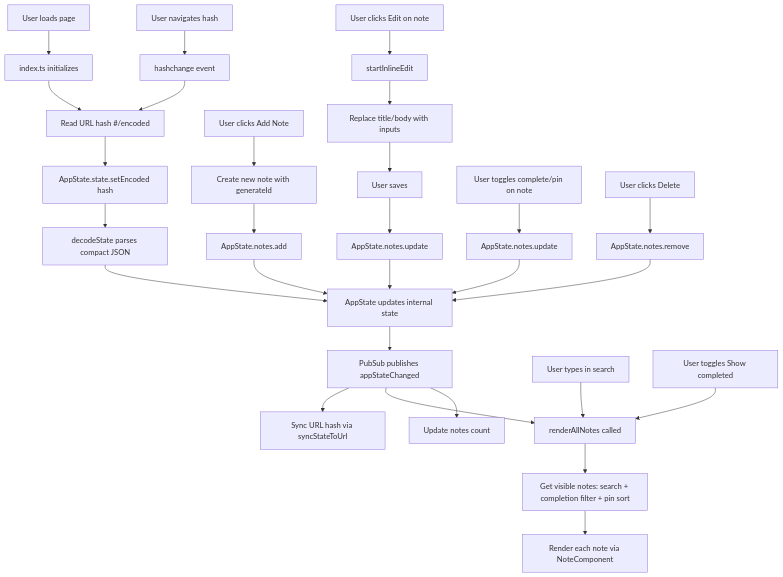
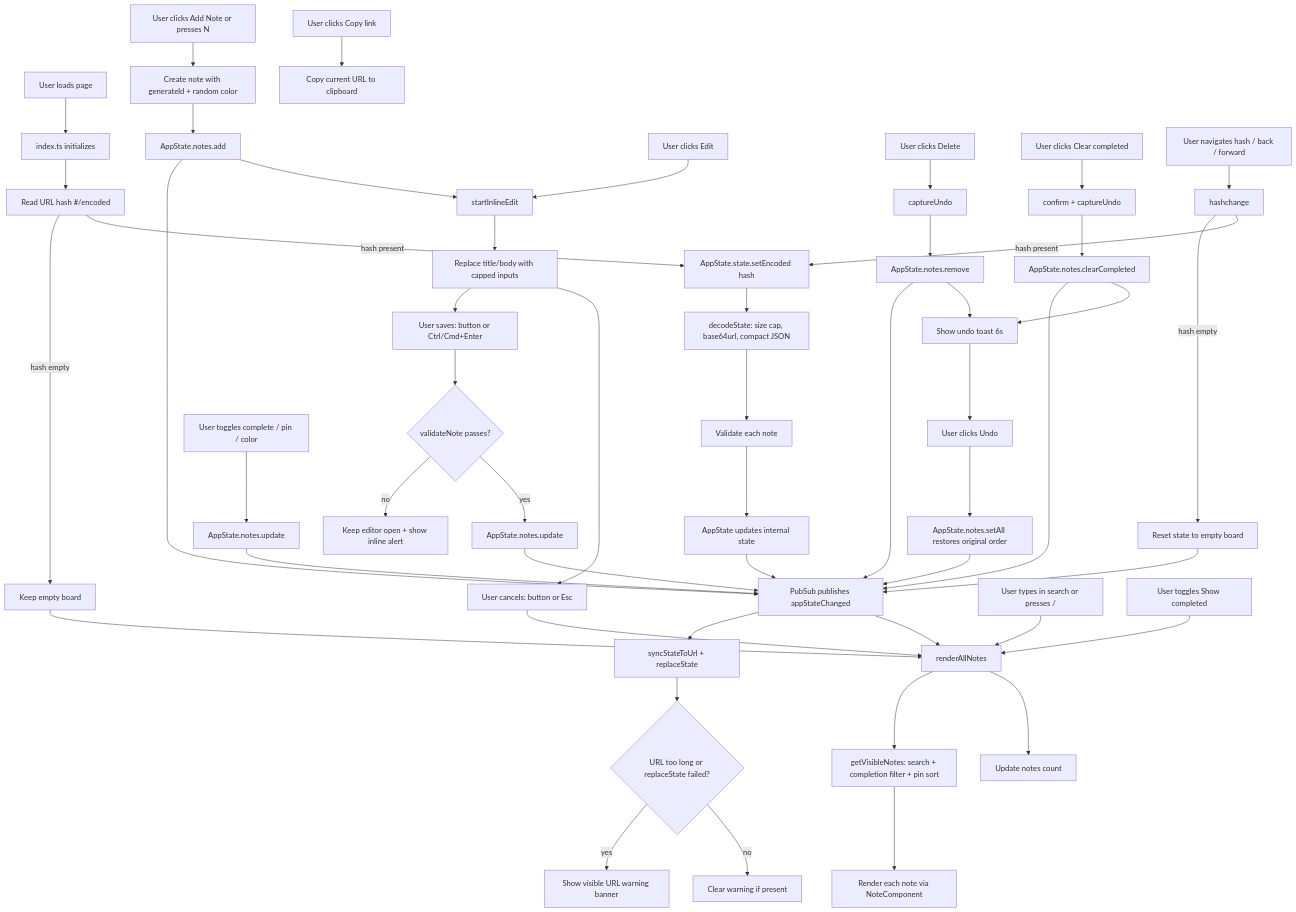
Before and after one commit to hiimalexjgarcia/base64-encoded-state-test: the diagram in APP_FLOW.md, drawn with Mermaid. The commit also changed other lines of this file and 6 other files, not shown here.

First line of the commit message:
refactor: remove dead search and sanitizer code; sync app flow docs

````diff
--- a/APP_FLOW.md
+++ b/APP_FLOW.md
@@ -3,37 +3,59 @@
 ```mermaid
 graph TD
     A[User loads page] --> B[index.ts initializes]
     B --> C[Read URL hash #/encoded]
-    C --> D[AppState.state.setEncoded hash]
-    D --> E[decodeState parses compact JSON]
-    E --> F[AppState updates internal state]
-    F --> G[PubSub publishes appStateChanged]
-    G --> H[Sync URL hash via syncStateToUrl]
-    G --> I[renderAllNotes called]
-    G --> M[Update notes count]
-    I --> J[Get visible notes: search + completion filter + pin sort]
-    J --> L[Render each note via NoteComponent]
+    C -->|hash empty| D[Keep empty board]
+    C -->|hash present| E[AppState.state.setEncoded hash]
+    E --> F[decodeState: size cap, base64url, compact JSON]
+    F --> G[Validate each note]
+    G --> H[AppState updates internal state]
+    D --> I[renderAllNotes]
+    H --> J[PubSub publishes appStateChanged]
+    J --> K[syncStateToUrl + replaceState]
+    K --> L{URL too long or replaceState failed?}
+    L -->|yes| M[Show visible URL warning banner]
+    L -->|no| N[Clear warning if present]
+    J --> I
+    I --> O[getVisibleNotes: search + completion filter + pin sort]
+    O --> P[Render each note via NoteComponent]
+    I --> Q[Update notes count]
 
-    N[User clicks Add Note] --> O[Create new note with generateId]
-    O --> P[AppState.notes.add]
-    P --> F
+    R[User clicks Add Note or presses N] --> S[Create note with generateId + random color]
+    S --> T[AppState.notes.add]
+    T --> J
+    T --> U[startInlineEdit]
 
-    Q[User clicks Edit on note] --> R[startInlineEdit]
-    R --> S[Replace title/body with inputs]
-    S --> T[User saves]
-    T --> U[AppState.notes.update]
-    U --> F
+    V[User clicks Edit] --> U
+    U --> W[Replace title/body with capped inputs]
+    W --> X[User saves: button or Ctrl/Cmd+Enter]
+    X --> Y{validateNote passes?}
+    Y -->|no| Z[Keep editor open + show inline alert]
+    Y -->|yes| AA[AppState.notes.update]
+    AA --> J
+    W --> AB[User cancels: button or Esc]
+    AB --> I
 
-    V[User toggles complete/pin on note] --> W[AppState.notes.update]
-    W --> F
+    AC[User toggles complete / pin / color] --> AD[AppState.notes.update]
+    AD --> J
 
-    X[User clicks Delete] --> Y[AppState.notes.remove]
-    Y --> F
+    AE[User clicks Delete] --> AF[captureUndo]
+    AF --> AG[AppState.notes.remove]
+    AG --> J
+    AG --> AH[Show undo toast 6s]
+    AH --> AI[User clicks Undo]
+    AI --> AJ[AppState.notes.setAll restores original order]
+    AJ --> J
 
-    Z[User types in search] --> I
+    AK[User clicks Clear completed] --> AL[confirm + captureUndo]
+    AL --> AM[AppState.notes.clearCompleted]
+    AM --> J
+    AM --> AH
 
-    AB[User toggles Show completed] --> I
-
-    AC[User navigates hash] --> AD[hashchange event]
-    AD --> C
+    AN[User types in search or presses /] --> I
+    AO[User toggles Show completed] --> I
+    AP[User clicks Copy link] --> AQ[Copy current URL to clipboard]
+    AR[User navigates hash / back / forward] --> AS[hashchange]
+    AS -->|hash empty| AT[Reset state to empty board]
+    AS -->|hash present| E
+    AT --> J
 ```
````
